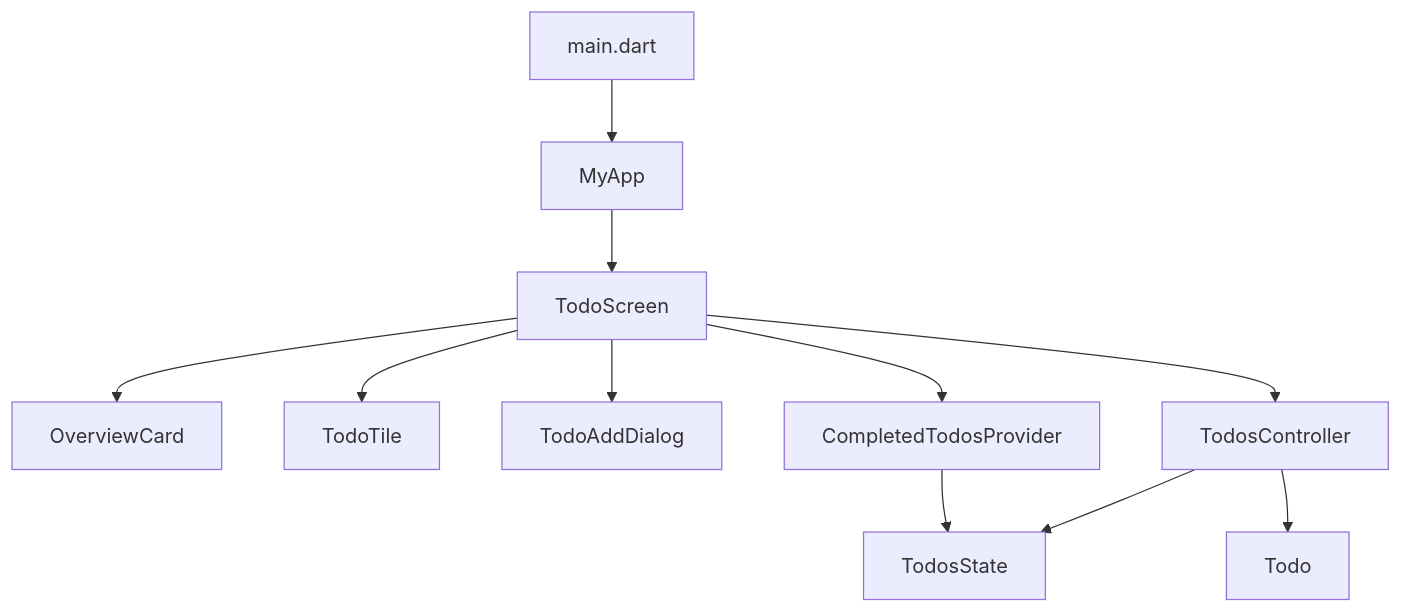
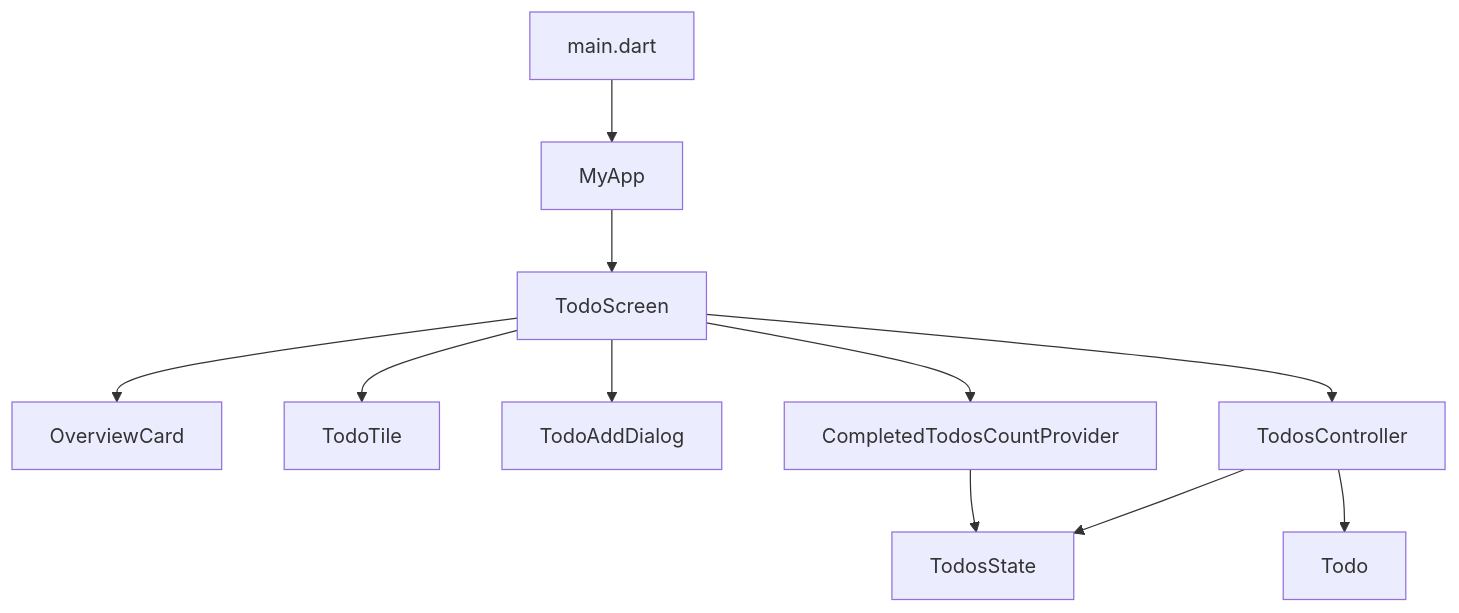
One commit to mraj555/tick_it changed the first of 4 diagrams in README.md. Above: the diagram before and after it, drawn with Mermaid. The commit also changed other lines of this file and 5 other files, not shown here.

````diff
--- a/README.md
+++ b/README.md
@@ -37,13 +37,13 @@
 ```mermaid
 flowchart TD
     A[main.dart] --> B[MyApp]
     B --> C[TodoScreen]
     C --> D[OverviewCard]
     C --> E[TodoTile]
     C --> F[TodoAddDialog]
     C --> G[TodosController]
     G --> H[TodosState]
     G --> I[Todo]
-    C --> J[CompletedTodosProvider]
+    C --> J[CompletedTodosCountProvider]
     J --> H
 ```
````
